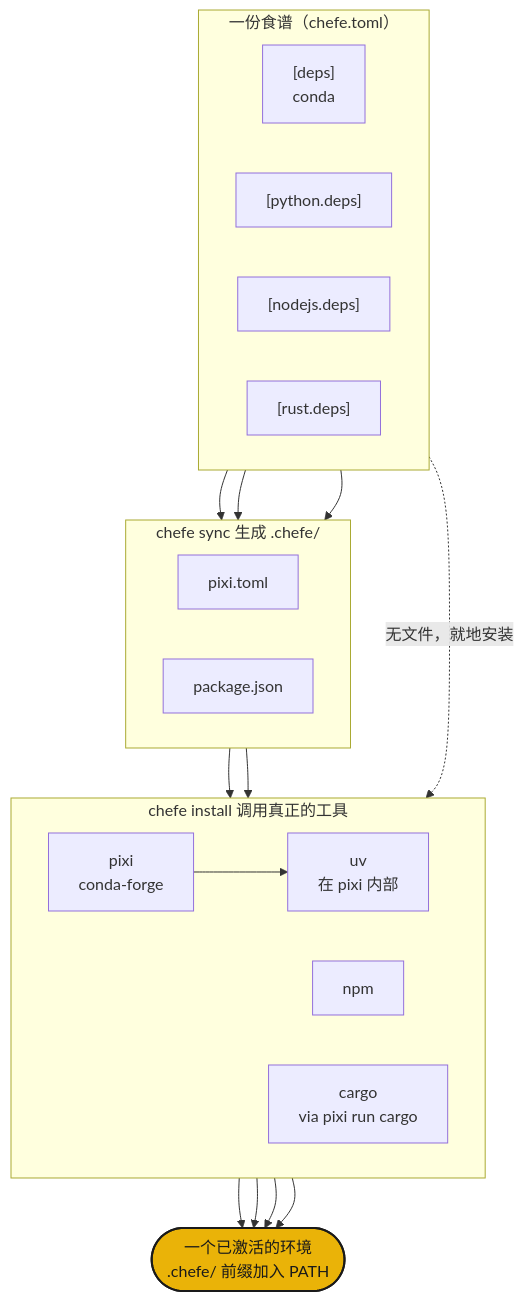
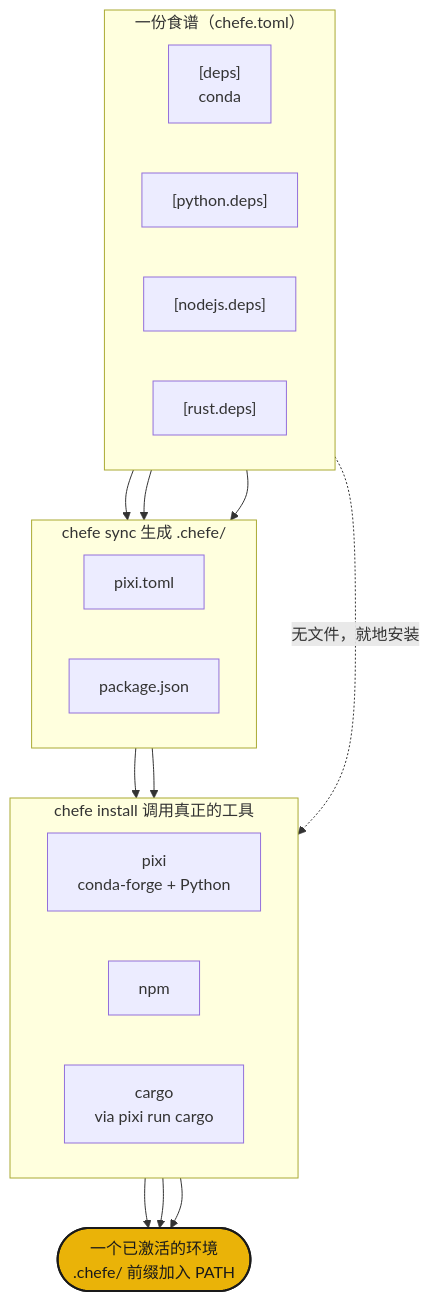
Before and after one commit to phvv-me/chefe: the diagram in docs/how-it-works.zh.md, drawn with Mermaid. The commit also changed other lines of this file and 29 other files, not shown here.

````diff
--- a/docs/how-it-works.zh.md
+++ b/docs/how-it-works.zh.md
@@ -5,42 +5,39 @@
 ```mermaid
 flowchart TB
     subgraph recipe["一份食谱（chefe.toml）"]
         direction LR
         D["[deps]<br/>conda"]
         PY["[python.deps]"]
         NP["[nodejs.deps]"]
         CG["[rust.deps]"]
     end
 
     subgraph compiled["chefe sync 生成 .chefe/"]
         direction LR
         PT["pixi.toml"]
         PJ["package.json"]
     end
 
     subgraph solve["chefe install 调用真正的工具"]
         direction LR
-        PIXI["pixi<br/>conda-forge"]
-        UV["uv<br/>在 pixi 内部"]
+        PIXI["pixi<br/>conda-forge + Python"]
         NPM["npm"]
         CARGO["cargo<br/>via pixi run cargo"]
     end
 
     ENV(["一个已激活的环境<br/>.chefe/ 前缀加入 PATH"]):::brand
 
     D --> PT
     PY --> PT
     NP --> PJ
     CG -. 无文件，就地安装 .-> CARGO
 
     PT --> PIXI
-    PIXI --> UV
     PJ --> NPM
 
     PIXI --> ENV
-    UV --> ENV
     NPM --> ENV
     CARGO --> ENV
 
     classDef brand fill:#eab308,stroke:#1a1a1a,stroke-width:2px,color:#1a1a1a;
 ```
````
